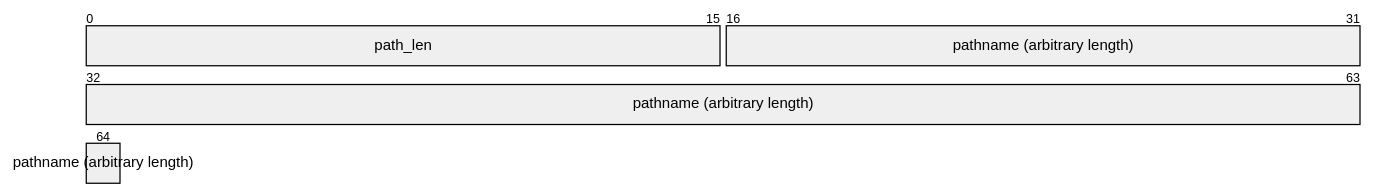
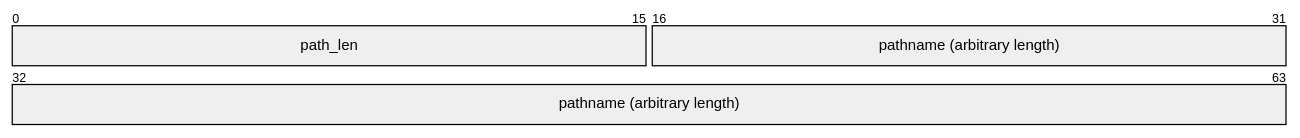
The third of 4 diagrams in Protocol.md (rzblue/csci436-p1), drawn with Mermaid before and after one commit. The commit also changed other lines of this file, not shown here.

````diff
--- a/Protocol.md
+++ b/Protocol.md
@@ -95,5 +94,5 @@
 ```mermaid
 packet
 0-15: "path_len"
-16-64: "pathname (arbitrary length)"
+16-63: "pathname (arbitrary length)"
 ```
````
